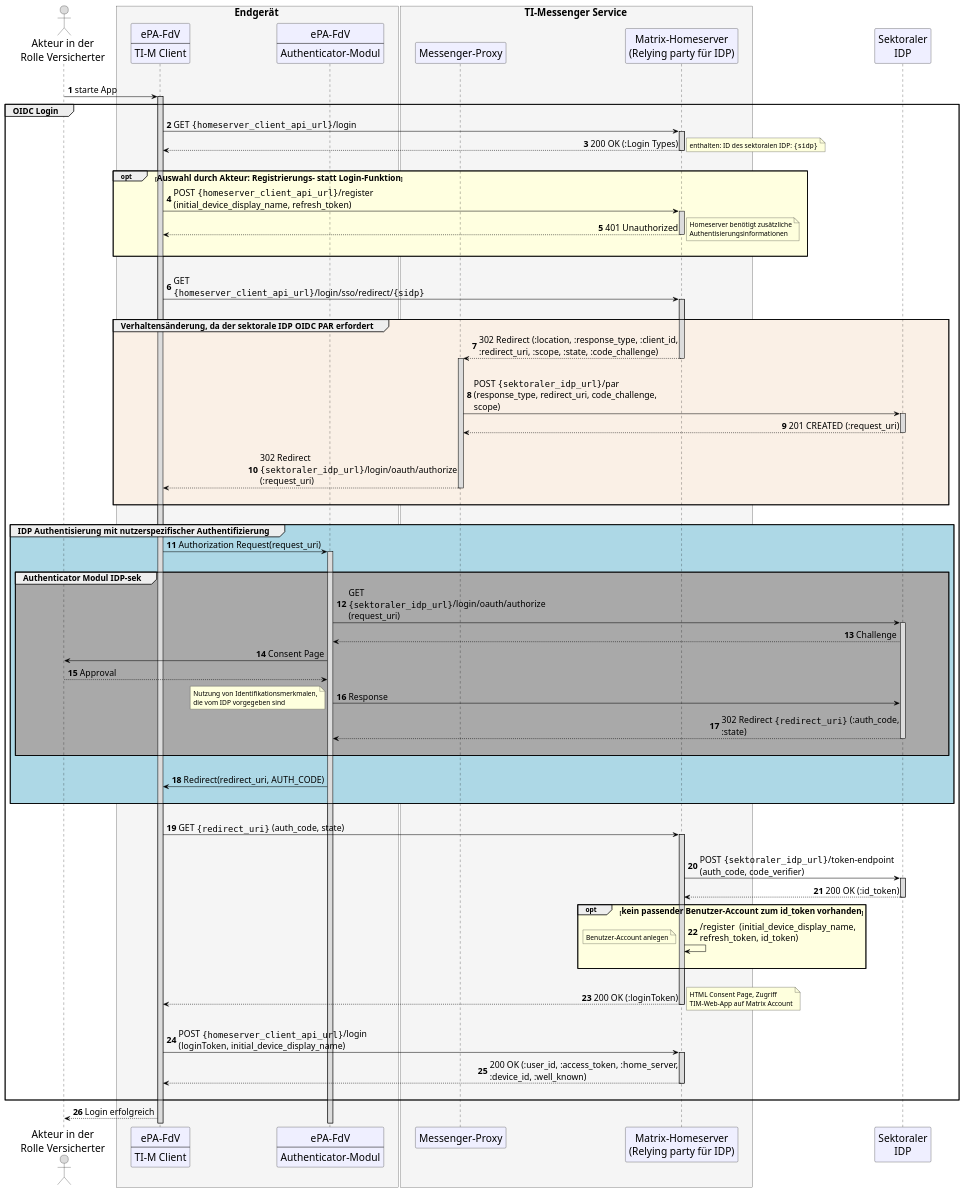
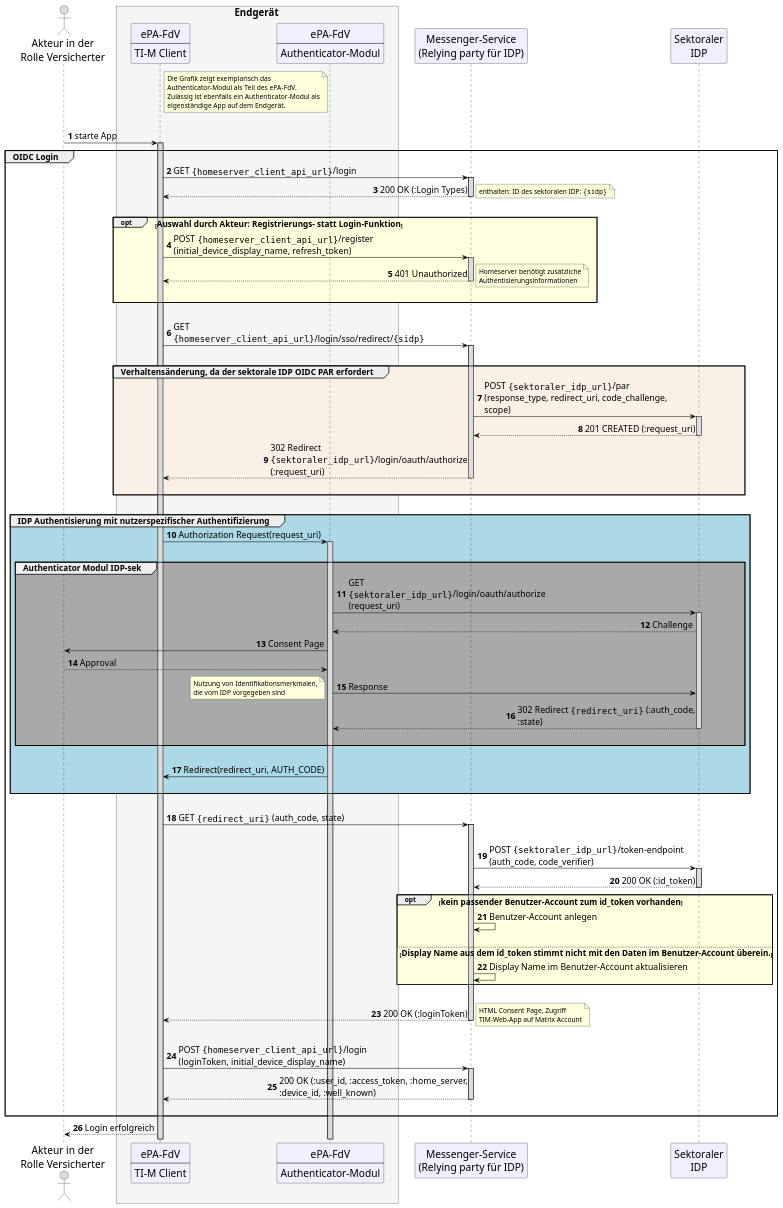
The diagram in src/plantuml/TI-M_ePA/TI-Messenger_OIDC_login_fdv_simplified.puml (gematik/api-ti-messenger), drawn with PlantUML before and after one commit.

Commit message:
added update of display name

```diff
--- a/src/plantuml/TI-M_ePA/TI-Messenger_OIDC_login_fdv_simplified.puml
+++ b/src/plantuml/TI-M_ePA/TI-Messenger_OIDC_login_fdv_simplified.puml
@@ -1,129 +1,125 @@
 @startuml
 skinparam sequenceMessageAlign direction
 skinparam WrapWidth 300
 skinparam BoxPadding 1
 skinparam ParticipantPadding 25
 skinparam sequenceReferenceHeaderBackgroundColor palegreen
 scale max 2048 width
 skinparam maxMessageSize 400
 
 skinparam sequence {
 ArrowColor black
 ArrowFontSize 17
 ActorBorderColor black
 LifeLineBorderColor black
 LifeLineBackgroundColor Gainsboro
 
 ParticipantBorderColor Motivation
 ParticipantBackgroundColor Motivation
 ParticipantFontSize 20
 ParticipantFontColor black
 ParticipantBorderColor Black
 ParticipantBackgroundColor MOTIVATION
 
 ActorBackgroundColor Gainsboro
 ActorFontColor black
 ActorFontSize 20
 }
 
 autonumber
 
 actor us as "Akteur in der\nRolle Versicherter"
 box <size:19>Endgerät</size> #WhiteSmoke
     participant app [
       ePA-FdV
       ----
       TI-M Client
     ]
      participant auth [
       ePA-FdV
       ----
       Authenticator-Modul
     ]
 end box
-box <size:19>TI-Messenger Service</size> #WhiteSmoke
-  participant pr as "Messenger-Proxy"
-  participant hs as "Matrix-Homeserver\n(Relying party für IDP)"
-end box
+note left of auth
+Die Grafik zeigt exemplarisch das Authenticator-Modul als Teil des ePA-FdV. Zulässig ist ebenfalls ein Authenticator-Modul als eigenständige App auf dem Endgerät.
+end note
+participant hs as "Messenger-Service\n(Relying party für IDP)"
+
 participant idp as "Sektoraler\nIDP"
 
 |||
 
 us -> app: starte App
 
 activate app
   group <size:16>OIDC Login</size>
     app -> hs ++: GET ""{homeserver_client_api_url}""/login
     hs --> app --: 200 OK (:Login Types)
     note right
     enthalten: ID des sektoralen IDP: ""{sidp}""
     end note
     |||
     opt #LightYellow <size:16>Auswahl durch Akteur: Registrierungs- statt Login-Funktion</size>
     app -> hs ++: POST ""{homeserver_client_api_url}""/register (initial_device_display_name, refresh_token)
     hs --> app --: 401 Unauthorized
     note right
     Homeserver benötigt zusätzliche Authentisierungsinformationen
     end note
     |||
     end
     |||
     app -> hs++: GET ""{homeserver_client_api_url}""/login/sso/redirect/""{sidp}""
     |||
     group #Linen <size:16>Verhaltensänderung, da der sektorale IDP OIDC PAR erfordert</size>
-      hs --> pr --++: 302 Redirect (:location, :response_type, :client_id, :redirect_uri, :scope, :state, :code_challenge)
-      |||
-      pr -> idp ++: POST ""{sektoraler_idp_url}""/par (response_type, redirect_uri, code_challenge, scope)
-
-      idp --> pr --: 201 CREATED (:request_uri)
-      |||
-      pr --> app --: 302 Redirect ""{sektoraler_idp_url}""/login/oauth/authorize (:request_uri)
+      hs -> idp ++: POST ""{sektoraler_idp_url}""/par (response_type, redirect_uri, code_challenge, scope)
+      idp --> hs --: 201 CREATED (:request_uri)
+      hs --> app --: 302 Redirect ""{sektoraler_idp_url}""/login/oauth/authorize (:request_uri)
       |||
     end
     |||
     group #LightBlue <size:16>IDP Authentisierung mit nutzerspezifischer Authentifizierung</size>
       app -> auth ++ : Authorization Request(request_uri)
       
       |||
       group #DarkGray <size:16>Authenticator Modul IDP-sek</size>
         auth -> idp ++: GET ""{sektoraler_idp_url}""/login/oauth/authorize (request_uri)
         idp --> auth: Challenge
         auth -> us: Consent Page
         us --> auth: Approval
         auth -> idp: Response
         note left
         Nutzung von Identifikationsmerkmalen,
         die vom IDP vorgegeben sind
         end note
         idp --> auth --: 302 Redirect ""{redirect_uri}"" (:auth_code, :state)
       |||
       end
       |||
       auth ->app: Redirect(redirect_uri, AUTH_CODE)
       |||
     end
     |||
     app -> hs ++: GET ""{redirect_uri}"" (auth_code, state)
     |||
     hs -> idp ++: POST ""{sektoraler_idp_url}""/token-endpoint (auth_code, code_verifier)
     idp --> hs --: 200 OK (:id_token)
     opt #LightYellow <size:16>kein passender Benutzer-Account zum id_token vorhanden</size>
-    hs -> hs: /register  (initial_device_display_name, refresh_token, id_token)
-    note left
-    Benutzer-Account anlegen
-    end note
+    hs -> hs: Benutzer-Account anlegen
     |||
+    else <size:16>Display Name aus dem id_token stimmt nicht mit den Daten im Benutzer-Account überein.</size>
+    hs -> hs: Display Name im Benutzer-Account aktualisieren
     end
     |||
     hs --> app --: 200 OK (:loginToken)
     note right
     HTML Consent Page, Zugriff
     TIM-Web-App auf Matrix Account
     end note
     |||
     app -> hs ++: POST ""{homeserver_client_api_url}""/login (loginToken, initial_device_display_name)
     hs --> app --: 200 OK (:user_id, :access_token, :home_server, :device_id, :well_known)
     |||
   end
   app --> us: Login erfolgreich
 @enduml
```
